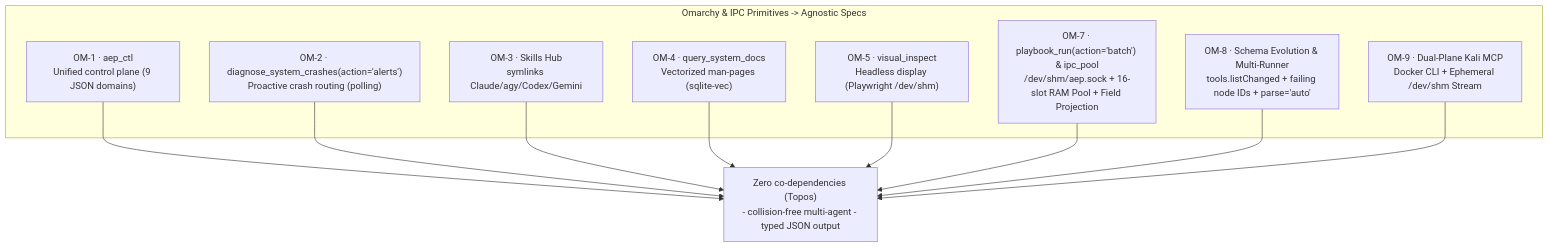
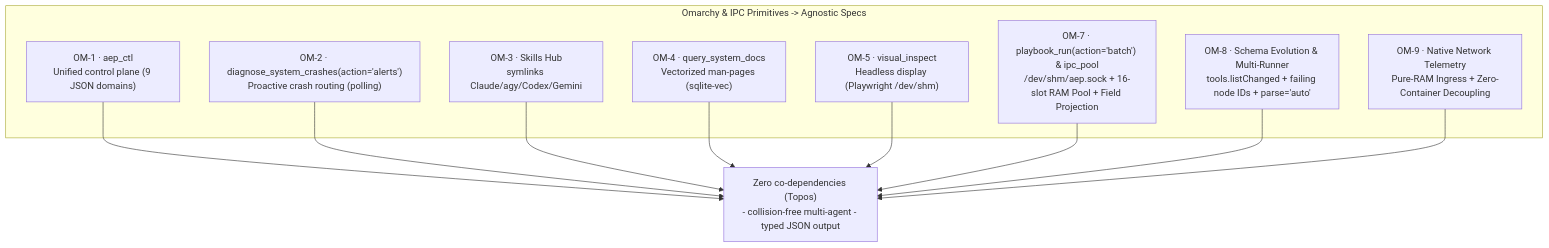
Before and after one commit to ancrz/agent-execution-plane: the tenth of 16 diagrams in README.md, drawn with Mermaid. The commit also changed other lines of this file and 5 other files, not shown here.

````diff
--- a/README.md
+++ b/README.md
@@ -626,14 +626,14 @@
 ```mermaid
 flowchart TD
     subgraph OM["Omarchy & IPC Primitives -> Agnostic Specs"]
         S1["OM-1 · aep_ctl<br/>Unified control plane (9 JSON domains)"]
         S2["OM-2 · diagnose_system_crashes(action='alerts')<br/>Proactive crash routing (polling)"]
         S3["OM-3 · Skills Hub<br/>symlinks Claude/agy/Codex/Gemini"]
         S4["OM-4 · query_system_docs<br/>Vectorized man-pages (sqlite-vec)"]
         S5["OM-5 · visual_inspect<br/>Headless display (Playwright /dev/shm)"]
         S7["OM-7 · playbook_run(action='batch') & ipc_pool<br/>/dev/shm/aep.sock + 16-slot RAM Pool + Field Projection"]
         S8["OM-8 · Schema Evolution & Multi-Runner<br/>tools.listChanged + failing node IDs + parse='auto'"]
-        S9["OM-9 · Dual-Plane Kali MCP<br/>Docker CLI + Ephemeral /dev/shm Stream"]
+        S9["OM-9 · Native Network Telemetry<br/>Pure-RAM Ingress + Zero-Container Decoupling"]
     end
     S1 & S2 & S3 & S4 & S5 & S7 & S8 & S9 --> V["Zero co-dependencies (Topos)<br/>- collision-free multi-agent - typed JSON output"]
 ```
````
